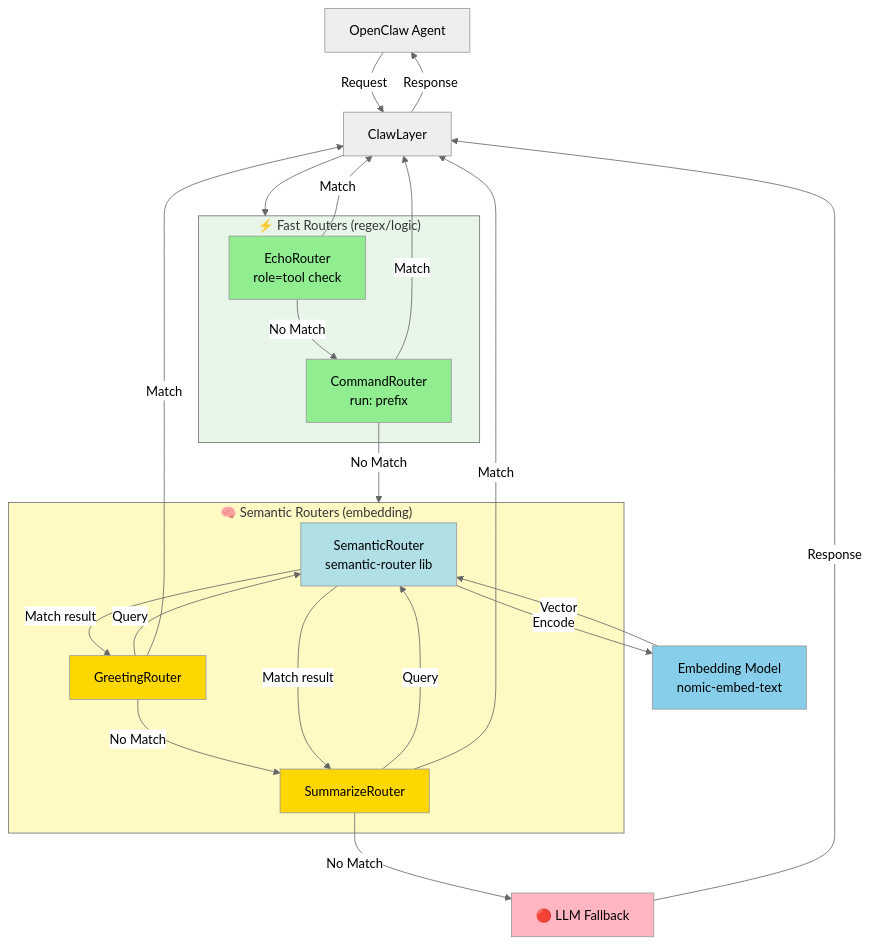
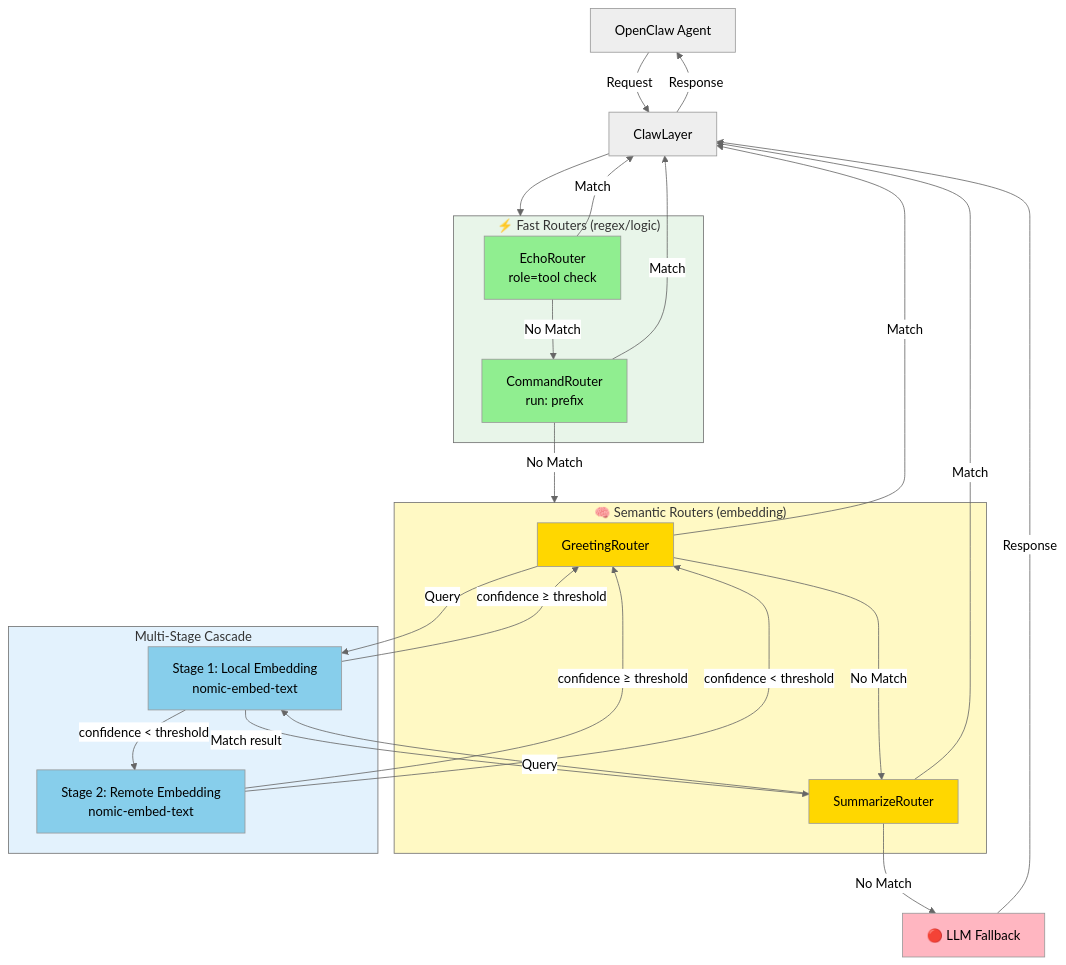
Before and after one commit to neoalienson/ClawLayer: the first of 3 diagrams in README.md, drawn with Mermaid (neutral theme). The commit also changed other lines of this file, not shown here.

First line of the commit message:
docs: fix architecture diagram to show multi-stage cascade

````diff
--- a/README.md
+++ b/README.md
@@ -18,51 +18,56 @@
 ```mermaid
 flowchart TB
     Agent[OpenClaw Agent]
     CL[ClawLayer]
     
     subgraph Fast["⚡ Fast Routers (regex/logic)"]
         Echo[EchoRouter<br/>role=tool check]
         Cmd[CommandRouter<br/>run: prefix]
     end
     
     subgraph Semantic["🧠 Semantic Routers (embedding)"]
-        SR[SemanticRouter<br/>semantic-router lib]
         Greet[GreetingRouter]
         Sum[SummarizeRouter]
     end
     
-    Embed[Embedding Model<br/>nomic-embed-text]
+    subgraph Cascade["Multi-Stage Cascade"]
+        Embed1[Stage 1: Local Embedding<br/>nomic-embed-text]
+        Embed2[Stage 2: Remote Embedding<br/>nomic-embed-text]
+    end
+    
     LLM[🔴 LLM Fallback]
     
     Agent -->|Request| CL
     CL --> Fast
     Echo -->|Match| CL
     Echo -->|No Match| Cmd
     Cmd -->|Match| CL
     Cmd -->|No Match| Semantic
     
-    Greet -->|Query| SR
-    SR -->|Encode| Embed
-    Embed -->|Vector| SR
-    SR -->|Match result| Greet
+    Greet -->|Query| Embed1
+    Embed1 -->|confidence ≥ threshold| Greet
+    Embed1 -->|confidence < threshold| Embed2
+    Embed2 -->|confidence ≥ threshold| Greet
+    Embed2 -->|confidence < threshold| Greet
     Greet -->|Match| CL
     Greet -->|No Match| Sum
     
-    Sum -->|Query| SR
-    SR -->|Match result| Sum
+    Sum -->|Query| Embed1
+    Embed1 -->|Match result| Sum
     Sum -->|Match| CL
     Sum -->|No Match| LLM
     
     LLM -->|Response| CL
     CL -->|Response| Agent
     
     style Fast fill:#E8F5E9
     style Semantic fill:#FFF9C4
+    style Cascade fill:#E3F2FD
     style Echo fill:#90EE90
     style Cmd fill:#90EE90
-    style SR fill:#B0E0E6
     style Greet fill:#FFD700
     style Sum fill:#FFD700
-    style Embed fill:#87CEEB
+    style Embed1 fill:#87CEEB
+    style Embed2 fill:#87CEEB
     style LLM fill:#FFB6C1
 ```
````
